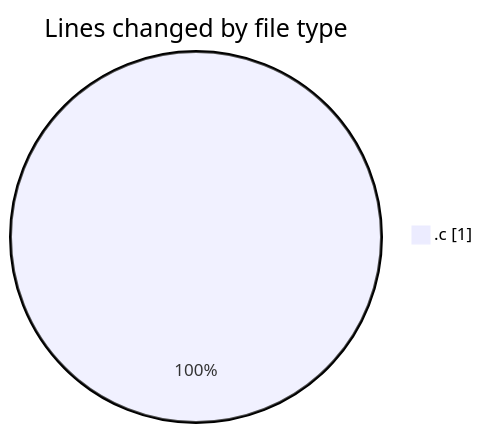
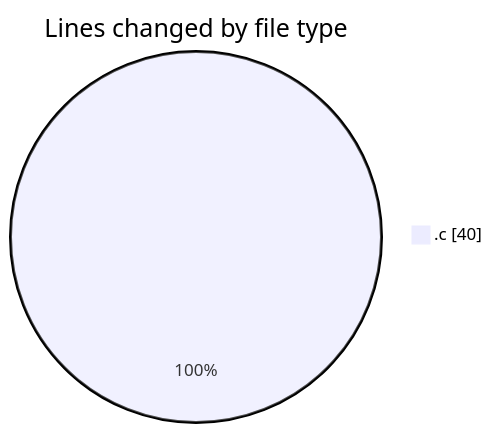
The first of 2 diagrams in 2026-04-09/pws2026/README.md (Unknowalive/code-tracking), drawn with Mermaid before and after one commit. The commit also changed other lines of this file and 1 other file, not shown here.

````diff
--- a/2026-04-09/pws2026/README.md
+++ b/2026-04-09/pws2026/README.md
@@ -20,5 +20,5 @@
 ```mermaid
 pie showData
 title Lines changed by file type
-".c" : 1
+".c" : 40
 ```
````
